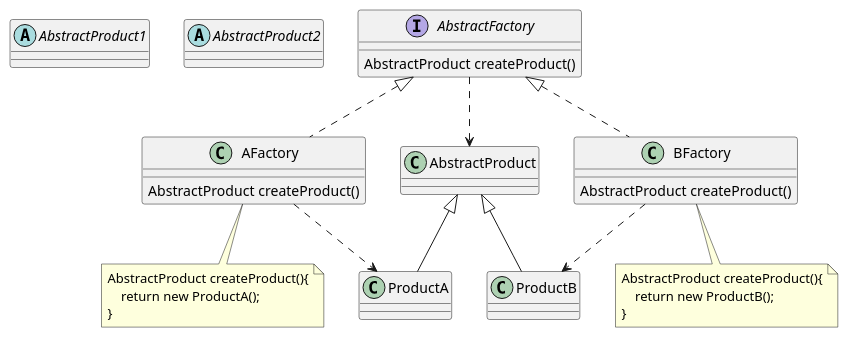
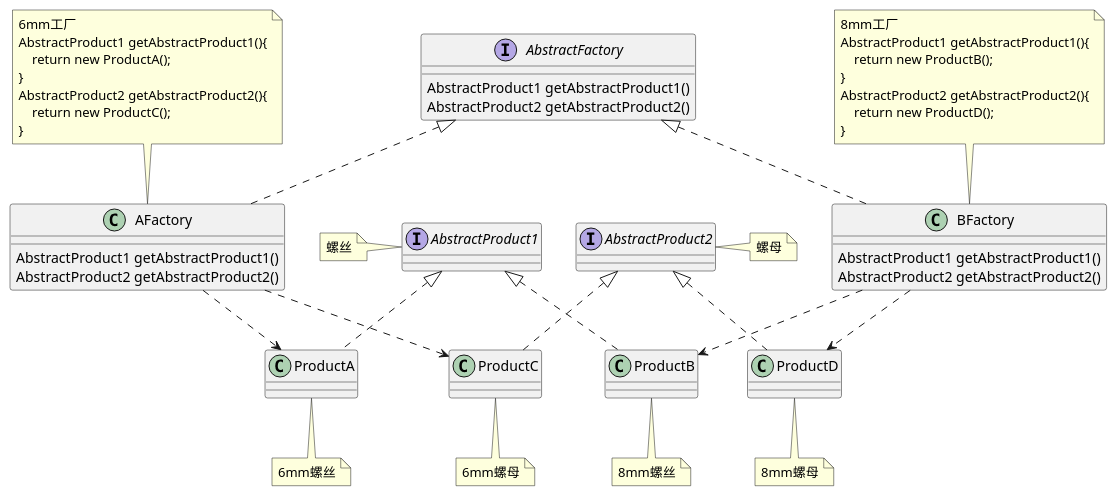
One commit to Drintau/StudyRepository changed the diagram in doc/UML/pattern/MS323.puml. Above: the diagram before and after it, drawn with PlantUML. The commit also changed 5 other files, not shown here.

```diff
--- a/doc/UML/pattern/MS323.puml
+++ b/doc/UML/pattern/MS323.puml
@@ -1,38 +1,59 @@
 @startuml
 
-abstract class AbstractProduct1{}
-abstract class AbstractProduct2{}
+interface AbstractProduct1{}
+note left of AbstractProduct1: 螺丝
+interface AbstractProduct2{}
+note right of AbstractProduct2: 螺母
 class ProductA{}
+note bottom of ProductA: 6mm螺丝
 class ProductB{}
+note bottom of ProductB: 8mm螺丝
+class ProductC{}
+note bottom of ProductC: 6mm螺母
+class ProductD{}
+note bottom of ProductD: 8mm螺母
 
 interface AbstractFactory{
-    AbstractProduct createProduct()
+    AbstractProduct1 getAbstractProduct1()
+    AbstractProduct2 getAbstractProduct2()
 }
 class AFactory{
-    AbstractProduct createProduct()
+    AbstractProduct1 getAbstractProduct1()
+    AbstractProduct2 getAbstractProduct2()
 }
-note bottom of AFactory
-AbstractProduct createProduct(){
+note top of AFactory
+6mm工厂
+AbstractProduct1 getAbstractProduct1(){
     return new ProductA();
+}
+AbstractProduct2 getAbstractProduct2(){
+    return new ProductC();
 }
 end note
 class BFactory{
-    AbstractProduct createProduct()
+    AbstractProduct1 getAbstractProduct1()
+    AbstractProduct2 getAbstractProduct2()
 }
-note bottom of BFactory
-AbstractProduct createProduct(){
+note top of BFactory
+8mm工厂
+AbstractProduct1 getAbstractProduct1(){
     return new ProductB();
+}
+AbstractProduct2 getAbstractProduct2(){
+    return new ProductD();
 }
 end note
 
-AbstractFactory ..> AbstractProduct
 AbstractFactory <|.. AFactory
 AbstractFactory <|.. BFactory
-
-AbstractProduct <|-- ProductA
-AbstractProduct <|-- ProductB
+AbstractProduct1 <|.. ProductA
+AbstractProduct1 <|.. ProductB
+AbstractProduct2 <|.. ProductC
+AbstractProduct2 <|.. ProductD
 
 AFactory ..> ProductA
+AFactory ..> ProductC
 BFactory ..> ProductB
+BFactory ..> ProductD
 
 @enduml
```
